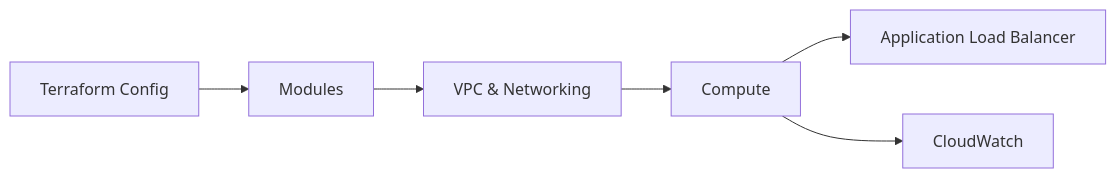
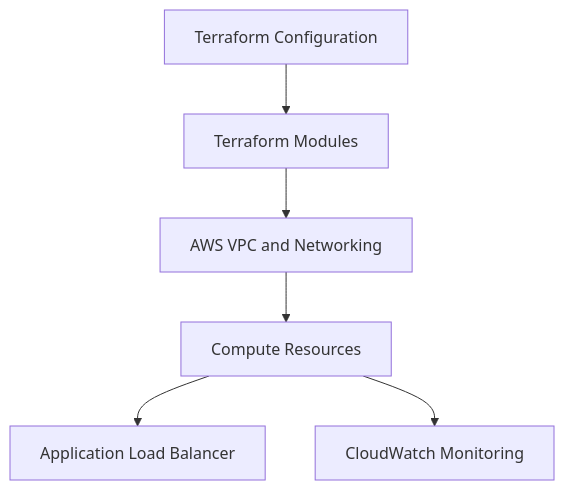
The eighth of 8 diagrams in README.md (manesaurabh1704-devops/manesaurabh1704-devops), drawn with Mermaid before and after one commit. The commit also changed other lines of this file, not shown here.

````diff
--- a/README.md
+++ b/README.md
@@ -244,6 +381,8 @@
 ```mermaid
-flowchart LR
-    A["Terraform Config"] --> B["Modules"] --> C["VPC & Networking"] --> D["Compute"]
+flowchart TD
+    A["Terraform Configuration"] --> B["Terraform Modules"]
+    B --> C["AWS VPC and Networking"]
+    C --> D["Compute Resources"]
     D --> E["Application Load Balancer"]
-    D --> F["CloudWatch"]
+    D --> F["CloudWatch Monitoring"]
 ```
````
